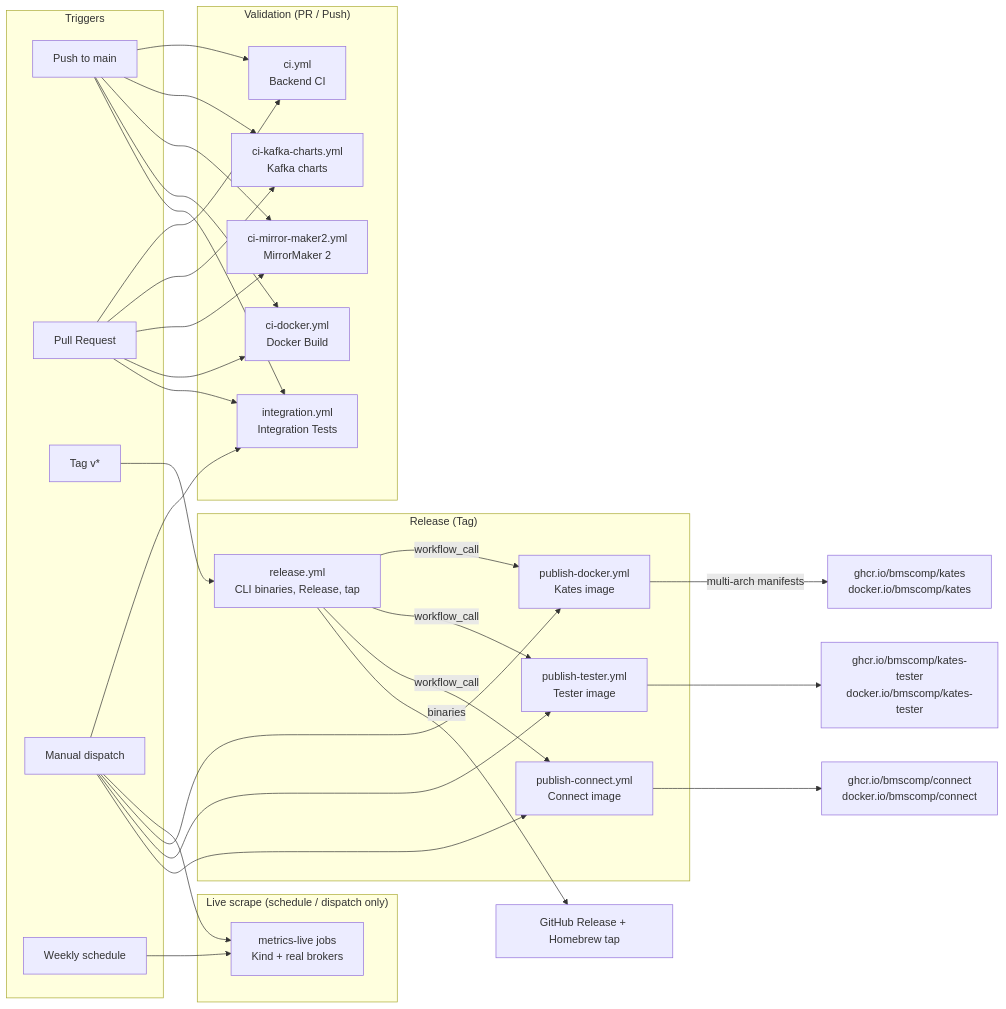
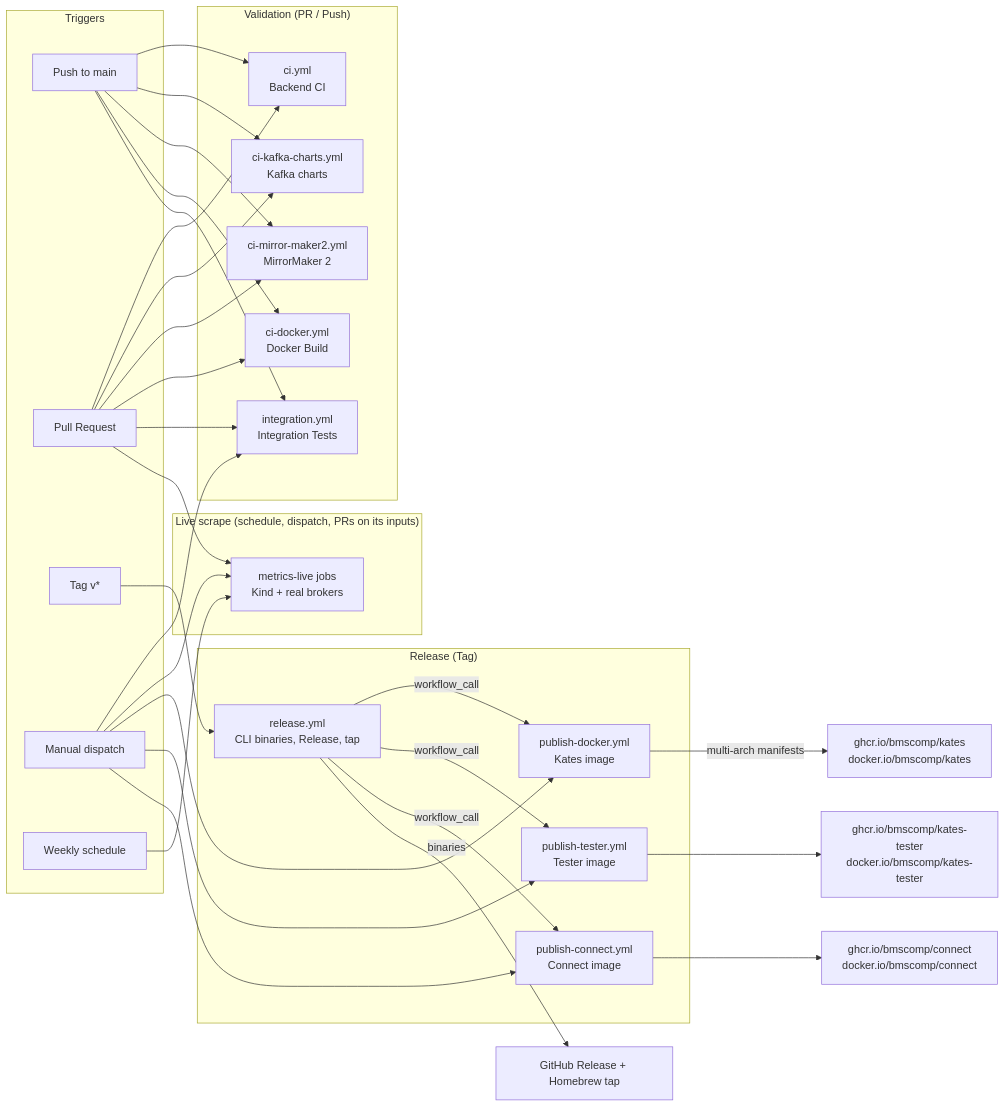
The first of 2 diagrams in docs/book/appendix-c-cicd.md (actions-marketplace-validations/bmscomp_kates), drawn with Mermaid before and after one commit. The commit also changed other lines of this file and 9 other files, not shown here.

````diff
--- a/docs/book/appendix-c-cicd.md
+++ b/docs/book/appendix-c-cicd.md
@@ -9,55 +9,56 @@
 ```mermaid
 graph LR
     subgraph Triggers
         Push[Push to main]
         PR[Pull Request]
         Tag[Tag v*]
         Manual[Manual dispatch]
         Sched[Weekly schedule]
     end
 
     subgraph Validation["Validation (PR / Push)"]
         CI[ci.yml<br/>Backend CI]
         CIK[ci-kafka-charts.yml<br/>Kafka charts]
         CIM[ci-mirror-maker2.yml<br/>MirrorMaker 2]
         CID[ci-docker.yml<br/>Docker Build]
         INT[integration.yml<br/>Integration Tests]
     end
 
-    subgraph Live["Live scrape (schedule / dispatch only)"]
+    subgraph Live["Live scrape (schedule, dispatch, PRs on its inputs)"]
         ML[metrics-live jobs<br/>Kind + real brokers]
     end
 
     subgraph Release["Release (Tag)"]
         RC[release.yml<br/>CLI binaries, Release, tap]
         PD[publish-docker.yml<br/>Kates image]
         PT[publish-tester.yml<br/>Tester image]
         PC[publish-connect.yml<br/>Connect image]
     end
 
     Push --> CI
     PR --> CI
     Push --> CIK
     PR --> CIK
     Push --> CIM
     PR --> CIM
     Push --> CID
     PR --> CID
     Push --> INT
     PR --> INT
     Manual --> INT
     Sched --> ML
     Manual --> ML
+    PR --> ML
     Tag --> RC
     RC -->|"workflow_call"| PD
     RC -->|"workflow_call"| PT
     RC -->|"workflow_call"| PC
     Manual --> PD
     Manual --> PT
     Manual --> PC
 
     PD -->|"multi-arch manifests"| Registry["ghcr.io/bmscomp/kates<br/>docker.io/bmscomp/kates"]
     PT --> Registry2["ghcr.io/bmscomp/kates-tester<br/>docker.io/bmscomp/kates-tester"]
     PC --> Registry3["ghcr.io/bmscomp/connect<br/>docker.io/bmscomp/connect"]
     RC -->|"binaries"| GHR["GitHub Release + Homebrew tap"]
 ```
````
